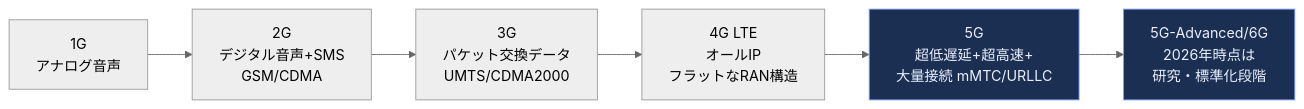
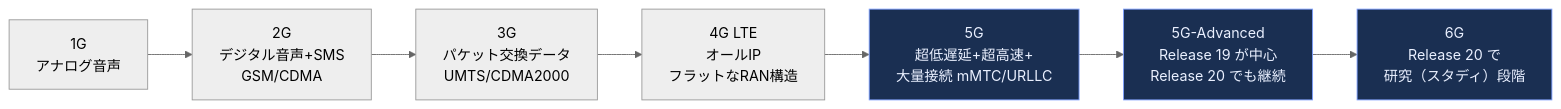
Before and after one commit to myoshi2891/Cloud-Infrastructure-Studies: diagram 12 of 33 in High-performance-browser-networking.md, drawn with Mermaid (neutral theme). The commit also changed other lines of this file, not shown here.

Commit message:
docs(book): add 5G-Advanced and HTTP/2/3 WebSocket details to High Performance Browser Networking guide

````diff
--- a/High-performance-browser-networking.md
+++ b/High-performance-browser-networking.md
@@ -437,11 +437,12 @@
 ```mermaid
 flowchart LR
     G1[1G<br/>アナログ音声] --> G2[2G<br/>デジタル音声+SMS<br/>GSM/CDMA]
     G2 --> G3[3G<br/>パケット交換データ<br/>UMTS/CDMA2000]
     G3 --> G4[4G LTE<br/>オールIP<br/>フラットなRAN構造]
     G4 --> G5[5G<br/>超低遅延+超高速+<br/>大量接続 mMTC/URLLC]
-    G5 --> G6[5G-Advanced/6G<br/>2026年時点は<br/>研究・標準化段階]
+    G5 --> G5A[5G-Advanced<br/>Release 19 が中心<br/>Release 20 でも継続]
+    G5A --> G6[6G<br/>Release 20 で<br/>研究（スタディ）段階]
 
     classDef highlightFill fill:#1a2f52,stroke:#7c9eff,color:#eaf0ff
-    class G5,G6 highlightFill
+    class G5,G5A,G6 highlightFill
 ```
````
